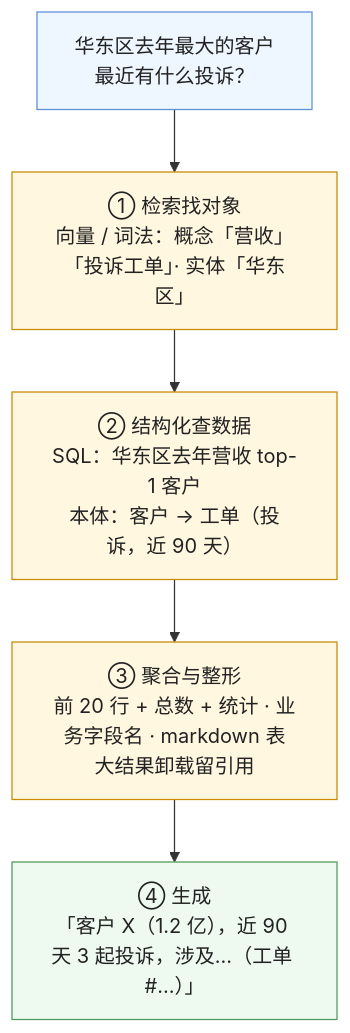
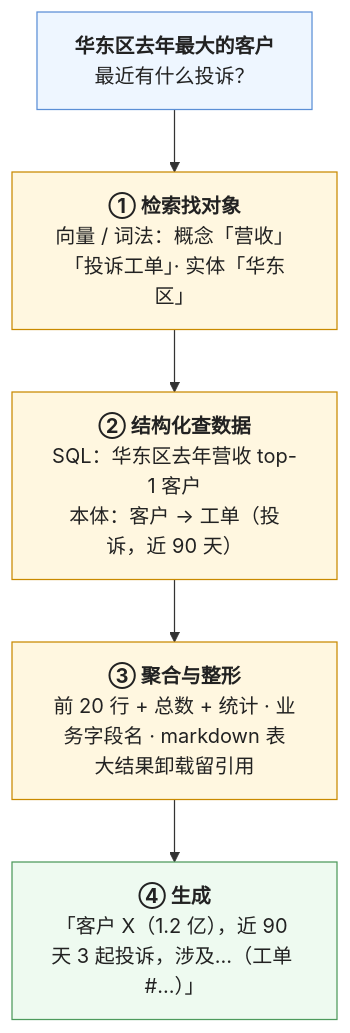
One commit to arganzheng/arganzheng.github.com changed the sixth of 6 diagrams in _posts/2026-10-18-structured-knowledge-sql-ontology-and-graphrag.md. Above: the diagram before and after it, drawn with Mermaid. The commit also changed other lines of this file and 7 other files, not shown here.

First line of the commit message:
检索与知识接入：私域知识怎么进入模型：Mermaid 多行方框的首行标为标题（8 篇）

````diff
--- a/_posts/2026-10-18-structured-knowledge-sql-ontology-and-graphrag.md
+++ b/_posts/2026-10-18-structured-knowledge-sql-ontology-and-graphrag.md
@@ -237,14 +237,14 @@
 ```mermaid
 %% 图：「检索找对象，结构化查数据」的通用模式——用户的自然语言先经向量 / 词法检索找到相关的概念或对象（哪个指标、哪个客户），再用 SQL / 本体 / 图拿到精确的数据与关系，结构化结果聚合、截断、换业务字段名后再进上下文，模型看到的是「1.2 亿，同比 +8%，前五客户如下」而不是一万行订单
 flowchart TB
-    Q["华东区去年最大的客户<br/>最近有什么投诉？"] --> R["① 检索找对象<br/>向量 / 词法：概念「营收」「投诉工单」· 实体「华东区」"]
-    R --> S["② 结构化查数据<br/>SQL：华东区去年营收 top-1 客户<br/>本体：客户 → 工单（投诉，近 90 天）"]
-    S --> AGG["③ 聚合与整形<br/>前 20 行 + 总数 + 统计 · 业务字段名 · markdown 表<br/>大结果卸载留引用"]
-    AGG --> GEN["④ 生成<br/>「客户 X（1.2 亿），近 90 天 3 起投诉，涉及…（工单 #…）」"]
+    Q["<b>华东区去年最大的客户</b><br/>最近有什么投诉？"] --> R["<b>① 检索找对象</b><br/>向量 / 词法：概念「营收」「投诉工单」· 实体「华东区」"]
+    R --> S["<b>② 结构化查数据</b><br/>SQL：华东区去年营收 top-1 客户<br/>本体：客户 → 工单（投诉，近 90 天）"]
+    S --> AGG["<b>③ 聚合与整形</b><br/>前 20 行 + 总数 + 统计 · 业务字段名 · markdown 表<br/>大结果卸载留引用"]
+    AGG --> GEN["<b>④ 生成</b><br/>「客户 X（1.2 亿），近 90 天 3 起投诉，涉及…（工单 #…）」"]
     classDef q fill:#eef6ff,stroke:#5b8fd6,color:#222
     classDef step fill:#fff7e0,stroke:#c98a00,color:#222
     classDef ok fill:#eefaf0,stroke:#4d9a5c,color:#222
     class Q q
     class R,S,AGG step
     class GEN ok
 ```
````
